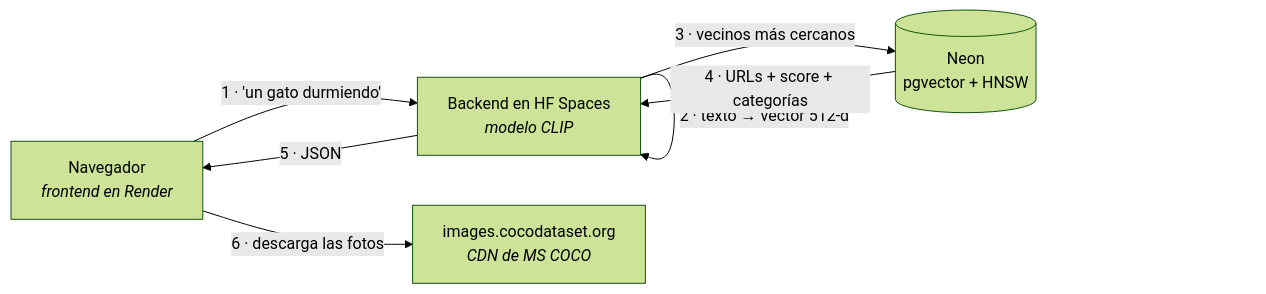
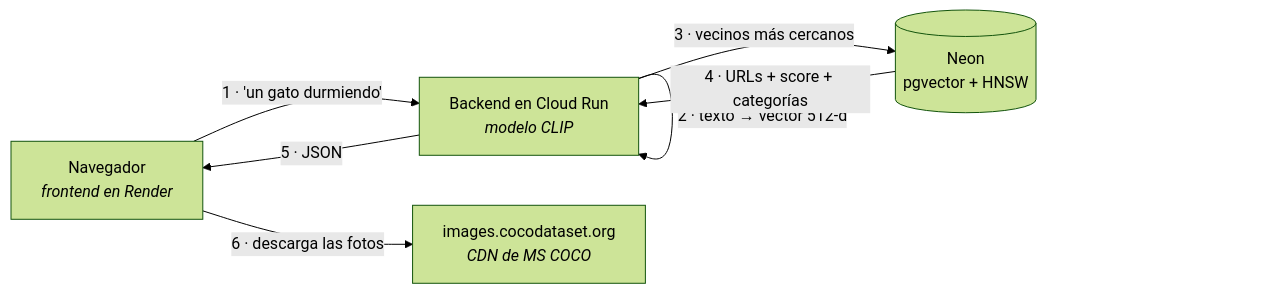
One commit to gcdavidq/Project_imagen_search_system changed the second of 2 diagrams in docs/PASOS_PENDIENTES.md. Above: the diagram before and after it, drawn with Mermaid (forest theme). The commit also changed other lines of this file and 4 other files, not shown here.

First line of the commit message:
Migrar el backend de Hugging Face Spaces a Google Cloud Run

````diff
--- a/docs/PASOS_PENDIENTES.md
+++ b/docs/PASOS_PENDIENTES.md
@@ -43,9 +43,9 @@
 ```mermaid
 graph LR
-    U["Navegador<br/><i>frontend en Render</i>"] -->|"1 · 'un gato durmiendo'"| S["Backend en HF Spaces<br/><i>modelo CLIP</i>"]
+    U["Navegador<br/><i>frontend en Render</i>"] -->|"1 · 'un gato durmiendo'"| S["Backend en Cloud Run<br/><i>modelo CLIP</i>"]
     S -->|"2 · texto → vector 512-d"| S
     S -->|"3 · vecinos más cercanos"| N[("Neon<br/>pgvector + HNSW")]
     N -->|"4 · URLs + score + categorías"| S
     S -->|"5 · JSON"| U
     U -->|"6 · descarga las fotos"| C["images.cocodataset.org<br/><i>CDN de MS COCO</i>"]
 ```
````
